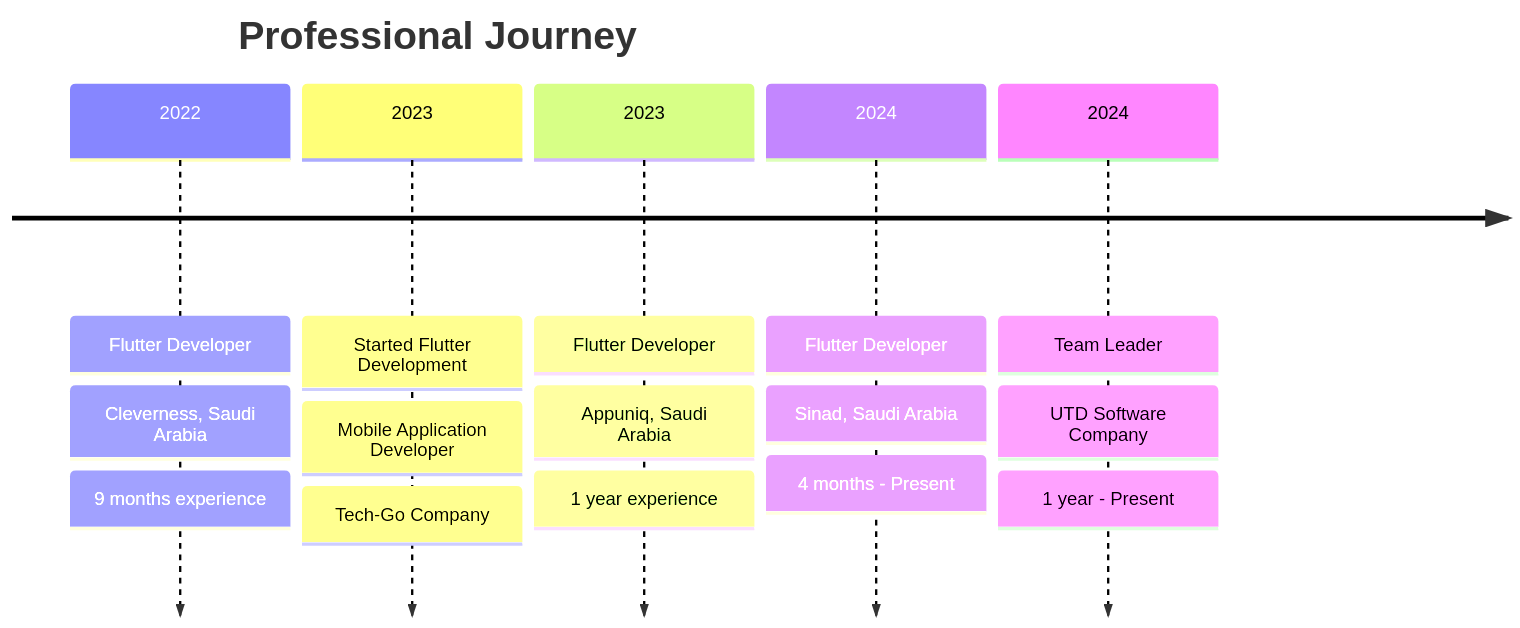
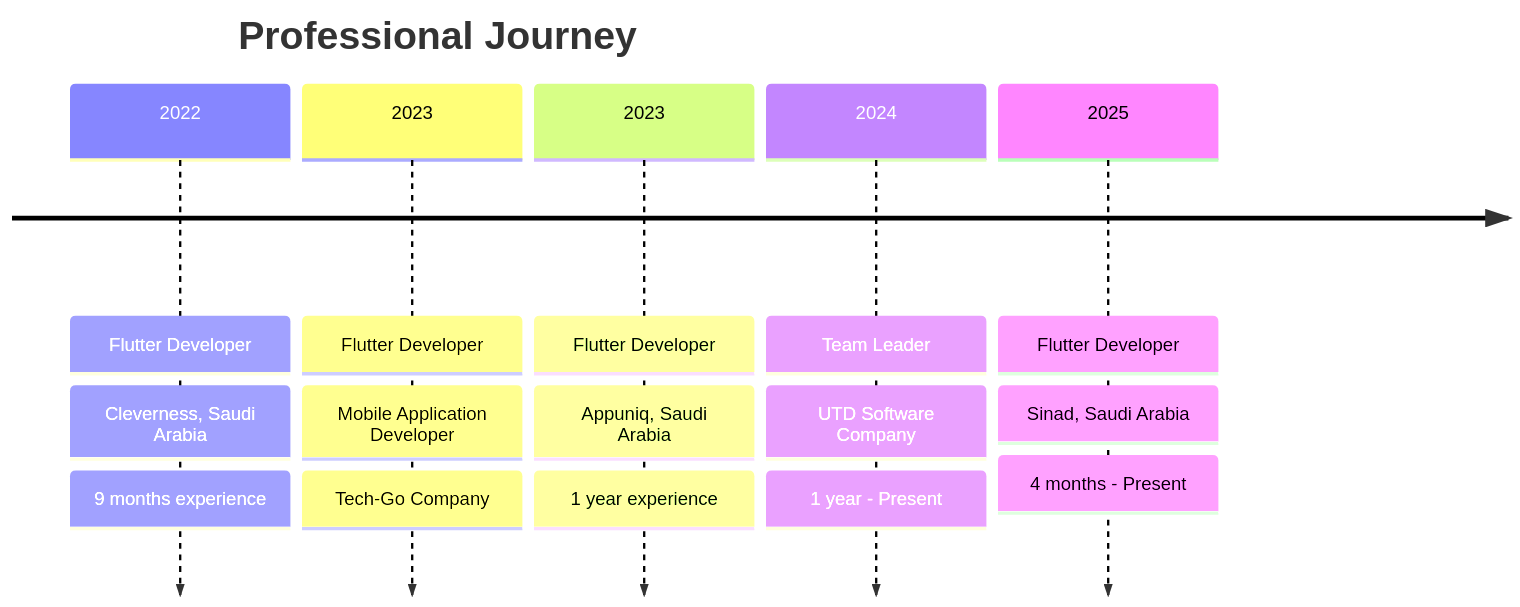
One commit to MohammedHosny2002/MohammedHosny2002 changed the second of 4 diagrams in README.md. Above: the diagram before and after it, drawn with Mermaid.

Commit message:
Update README.md
Update

````diff
--- a/README.md
+++ b/README.md
@@ -147,25 +147,25 @@
 ```mermaid
 timeline
     title Professional Journey
     
 
     2022 : Flutter Developer
          : Cleverness, Saudi Arabia
          : 9 months experience
 
-    2023 : Started Flutter Development
+    2023 : Flutter Developer
          : Mobile Application Developer
          : Tech-Go Company
     
     2023 : Flutter Developer
          : Appuniq, Saudi Arabia
          : 1 year experience
     
-    2024 : Flutter Developer
-         : Sinad, Saudi Arabia
-         : 4 months - Present
-    
     2024 : Team Leader
          : UTD Software Company
          : 1 year - Present
+
+    2025 : Flutter Developer
+         : Sinad, Saudi Arabia
+         : 4 months - Present
 ```
````
